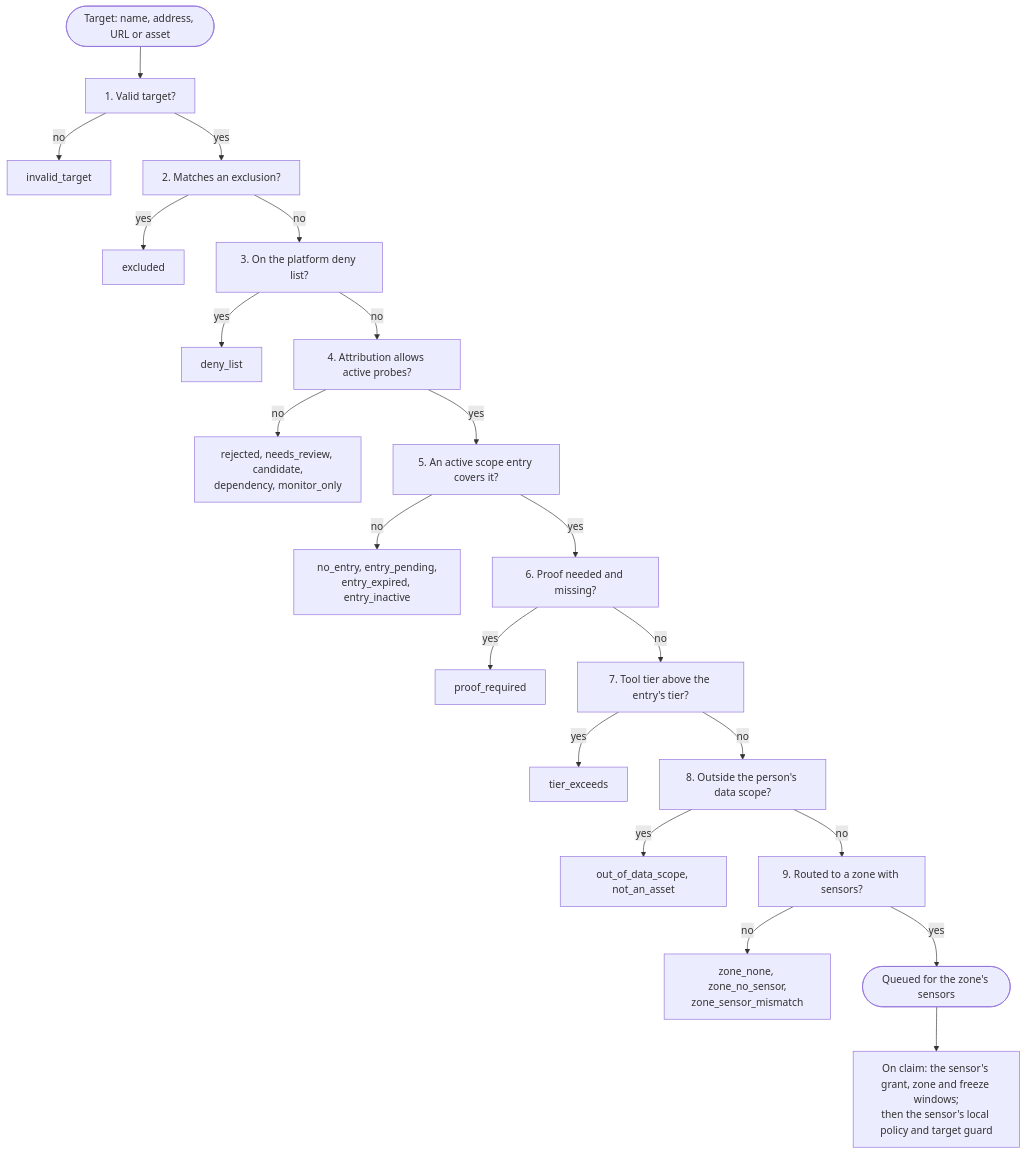
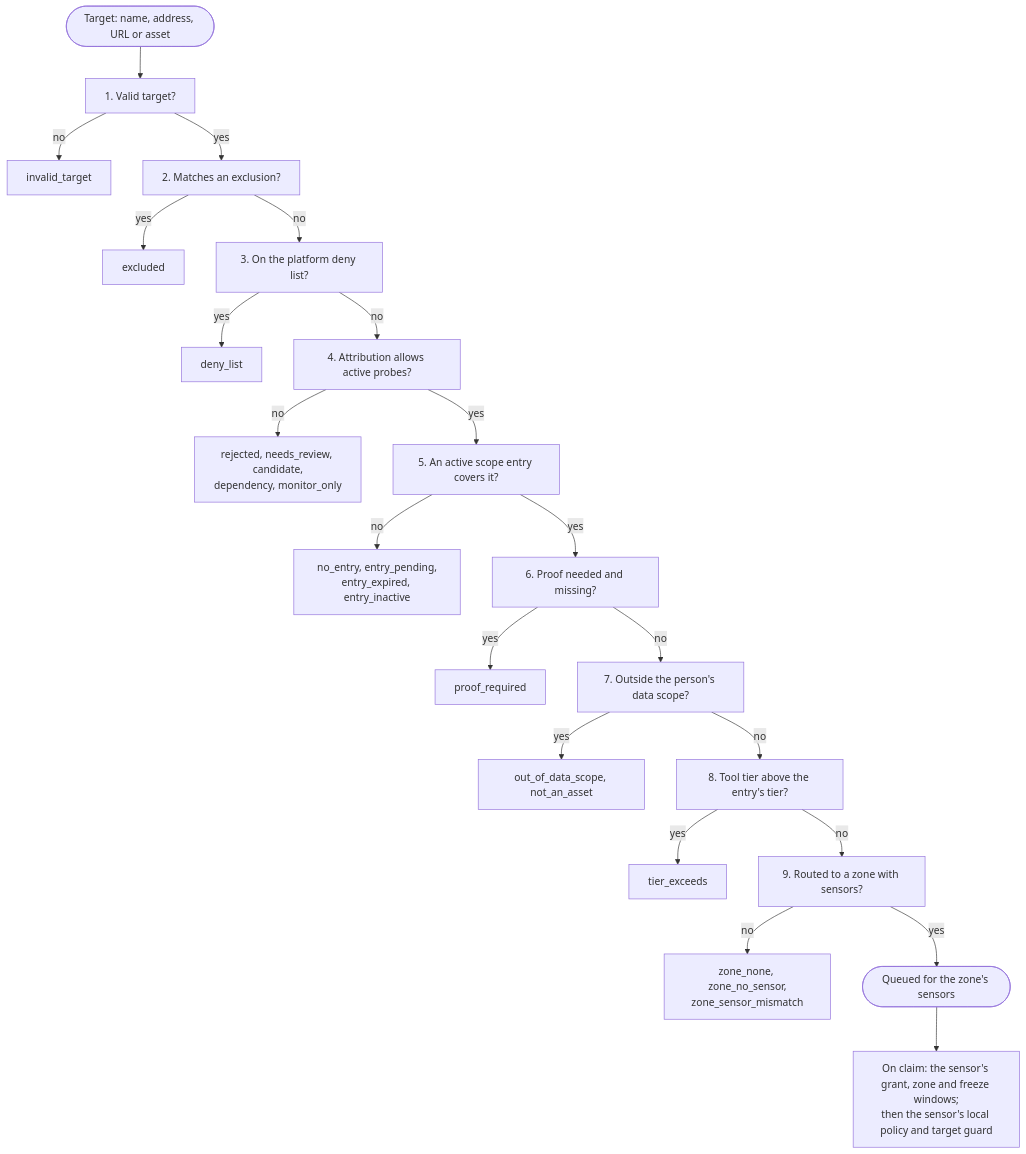
The diagram in scanning/scope.md (openctemio/docs), drawn with Mermaid before and after one commit. The commit also changed other lines of this file and 1 other file, not shown here.

Commit message:
docs: act scope before tier in the scope gate, outlined wordmark logo
The gate now checks the data scope of the person before the entry tier
(openctem#1494), so a refused target reveals nothing about its scope
entries. brand/logo-letterform.svg draws the wordmark as outlined paths,
as the console logo does since openctem#1481.

````diff
--- a/scanning/scope.md
+++ b/scanning/scope.md
@@ -158,23 +158,23 @@
 ```mermaid
 flowchart TD
     T(["Target: name, address, URL or asset"]) --> V["1. Valid target?"]
     V -- no --> R1["invalid_target"]
     V -- yes --> X["2. Matches an exclusion?"]
     X -- yes --> R2["excluded"]
     X -- no --> D["3. On the platform deny list?"]
     D -- yes --> R3["deny_list"]
     D -- no --> A["4. Attribution allows active probes?"]
     A -- no --> R4["rejected, needs_review, candidate,<br/>dependency, monitor_only"]
     A -- yes --> E["5. An active scope entry covers it?"]
     E -- no --> R5["no_entry, entry_pending,<br/>entry_expired, entry_inactive"]
     E -- yes --> P["6. Proof needed and missing?"]
     P -- yes --> R6["proof_required"]
-    P -- no --> TI["7. Tool tier above the entry's tier?"]
-    TI -- yes --> R7["tier_exceeds"]
-    TI -- no --> DS["8. Outside the person's data scope?"]
-    DS -- yes --> R8["out_of_data_scope, not_an_asset"]
-    DS -- no --> Z["9. Routed to a zone with sensors?"]
+    P -- no --> DS["7. Outside the person's data scope?"]
+    DS -- yes --> R7["out_of_data_scope, not_an_asset"]
+    DS -- no --> TI["8. Tool tier above the entry's tier?"]
+    TI -- yes --> R8["tier_exceeds"]
+    TI -- no --> Z["9. Routed to a zone with sensors?"]
     Z -- no --> R9["zone_none, zone_no_sensor,<br/>zone_sensor_mismatch"]
     Z -- yes --> OK(["Queued for the zone's sensors"])
     OK --> SG["On claim: the sensor's grant, zone and freeze windows;<br/>then the sensor's local policy and target guard"]
 ```
````
